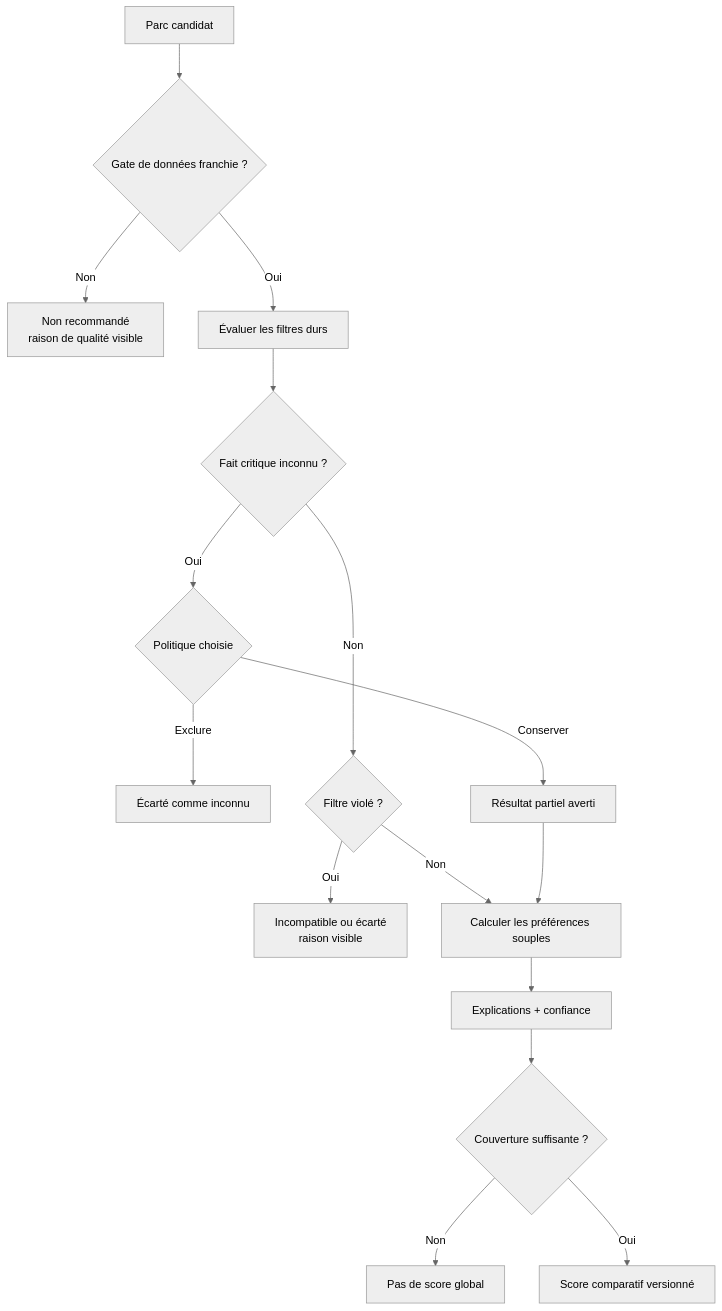
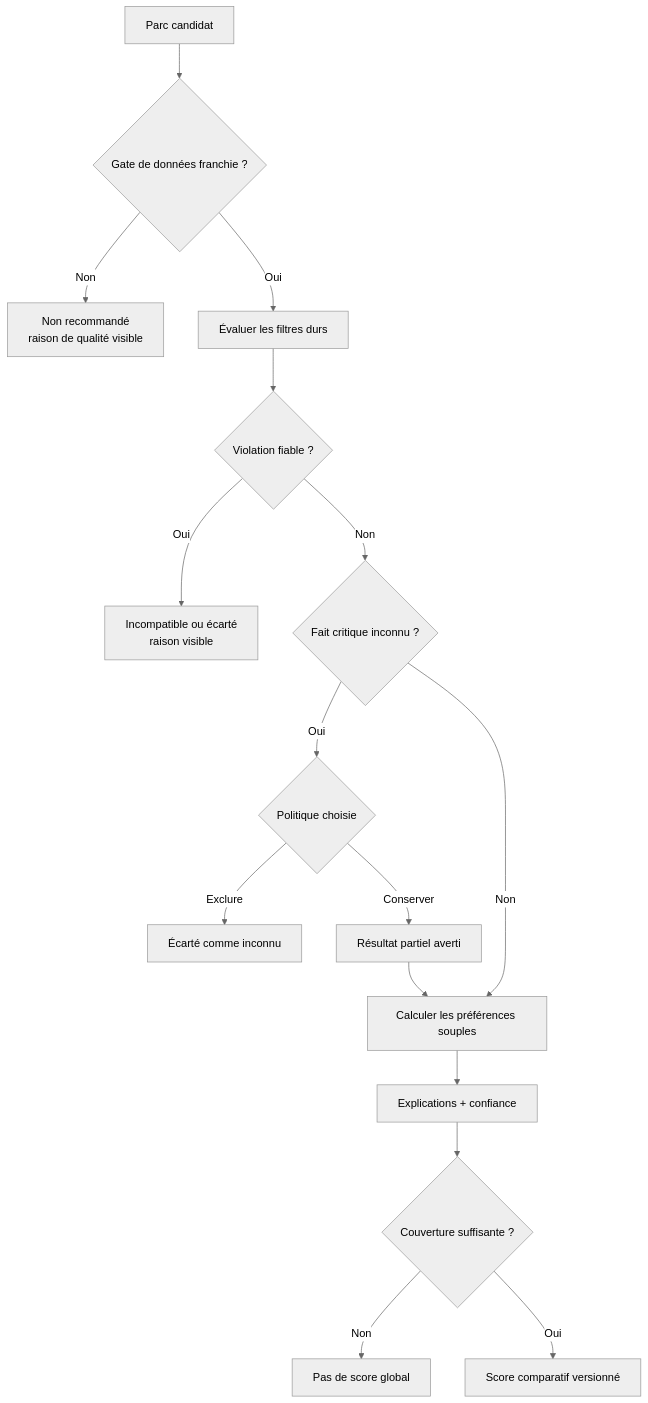
Before and after one commit to Ced59/AmusementParkProject: the first of 3 diagrams in docs/architecture/product-growth-fit-01-decision-contract-2026-09-14.md, drawn with Mermaid (neutral theme).

Commit message:
docs: aligner le diagramme de décision FIT

````diff
--- a/docs/architecture/product-growth-fit-01-decision-contract-2026-09-14.md
+++ b/docs/architecture/product-growth-fit-01-decision-contract-2026-09-14.md
@@ -48,18 +48,18 @@
 ```mermaid
 flowchart TD
     A[Parc candidat] --> B{Gate de données franchie ?}
     B -- Non --> C[Non recommandé<br/>raison de qualité visible]
     B -- Oui --> D[Évaluer les filtres durs]
-    D --> E{Fait critique inconnu ?}
+    D --> I{Violation fiable ?}
+    I -- Oui --> J[Incompatible ou écarté<br/>raison visible]
+    I -- Non --> E{Fait critique inconnu ?}
     E -- Oui --> F{Politique choisie}
     F -- Exclure --> G[Écarté comme inconnu]
     F -- Conserver --> H[Résultat partiel averti]
-    E -- Non --> I{Filtre violé ?}
-    I -- Oui --> J[Incompatible ou écarté<br/>raison visible]
-    I -- Non --> K[Calculer les préférences souples]
+    E -- Non --> K[Calculer les préférences souples]
     H --> K
     K --> L[Explications + confiance]
     L --> M{Couverture suffisante ?}
     M -- Non --> N[Pas de score global]
     M -- Oui --> O[Score comparatif versionné]
 ```
````
